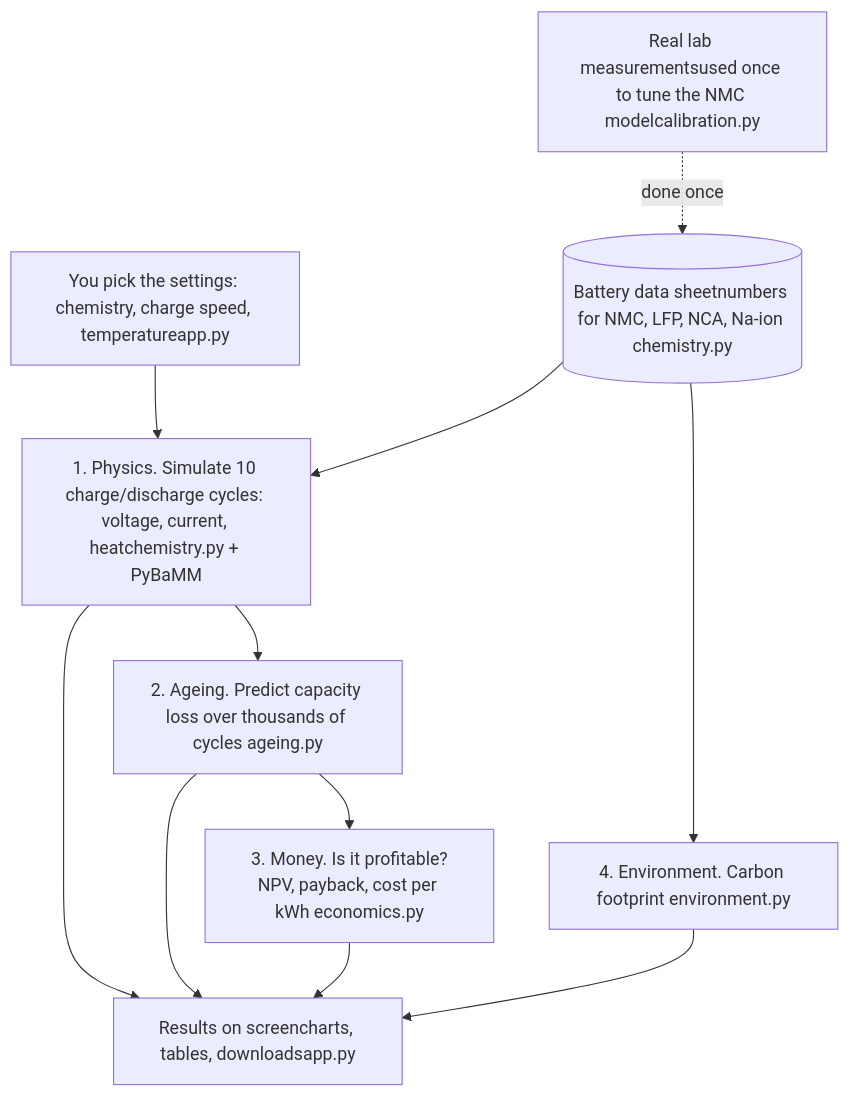
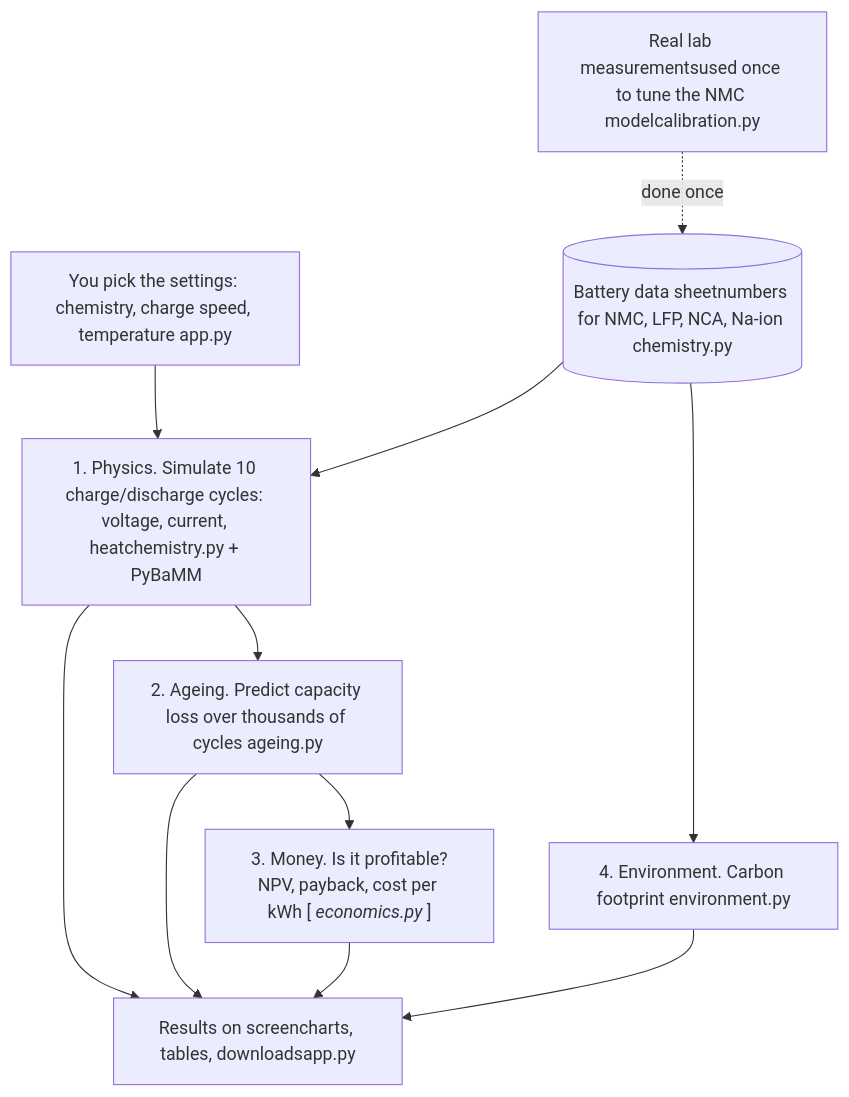
Before and after one commit to TheJohn01/DigitalTwinBattery: the diagram in README.md, drawn with Mermaid. The commit also changed other lines of this file, not shown here.

````diff
--- a/README.md
+++ b/README.md
@@ -23,25 +23,25 @@
 ```mermaid
 flowchart TD
-    USER["You pick the settings: chemistry, charge speed, temperatureapp.py"]
+    USER["You pick the settings: chemistry, charge speed, temperature app.py"]
     SHEET[("Battery data sheetnumbers for NMC, LFP, NCA, Na-ion chemistry.py")]
     LAB["Real lab measurementsused once to tune the NMC modelcalibration.py"]
 
     PHYS["1. Physics. Simulate 10 charge/discharge cycles: voltage, current, heatchemistry.py + PyBaMM"]
     AGE["2. Ageing. Predict capacity loss over thousands of cycles ageing.py"]
-    MONEY["3. Money. Is it profitable?NPV, payback, cost per kWh economics.py"]
+    MONEY["3. Money. Is it profitable?NPV, payback, cost per kWh [<i> economics.py </i>]"]
     CO2["4. Environment. Carbon footprint environment.py"]
     OUT["Results on screencharts, tables, downloadsapp.py"]
 
     USER --> PHYS
     SHEET --> PHYS
     LAB -. "done once" .-> SHEET
     PHYS --> AGE
     AGE --> MONEY
     SHEET --> CO2
     PHYS --> OUT
     AGE --> OUT
     MONEY --> OUT
     CO2 --> OUT
 
   
 ```
````
